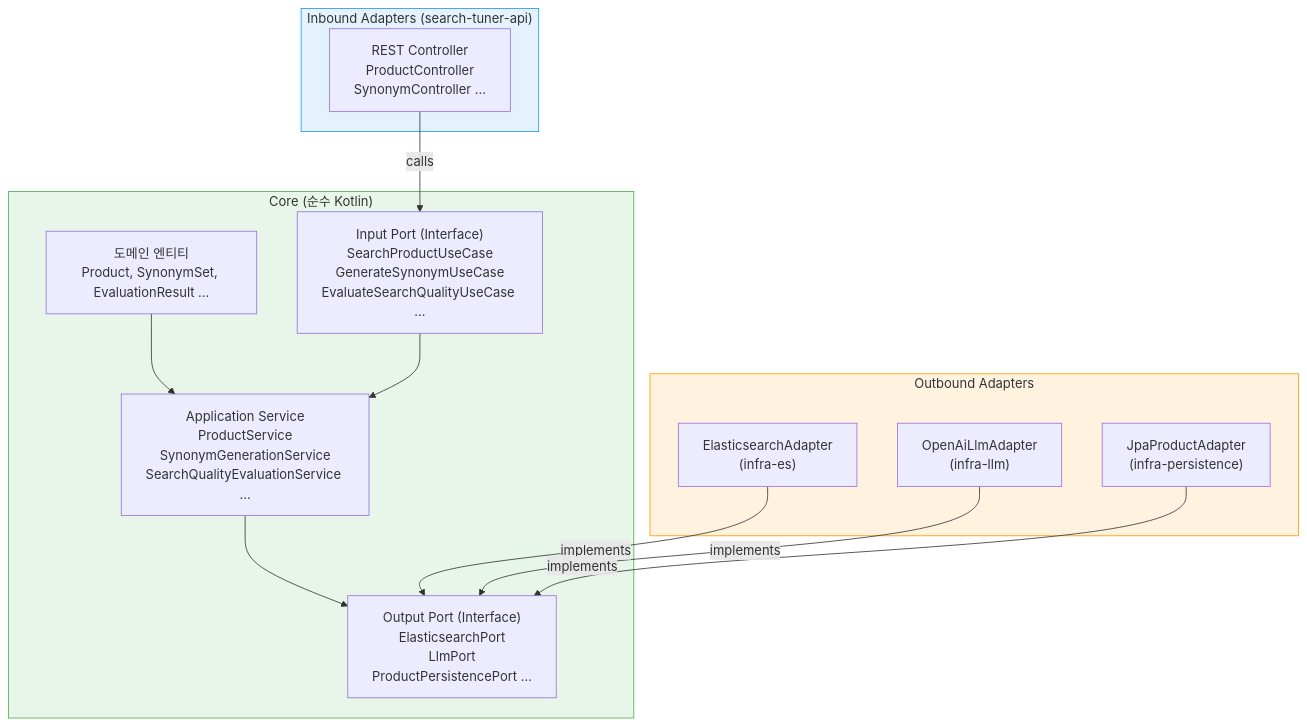
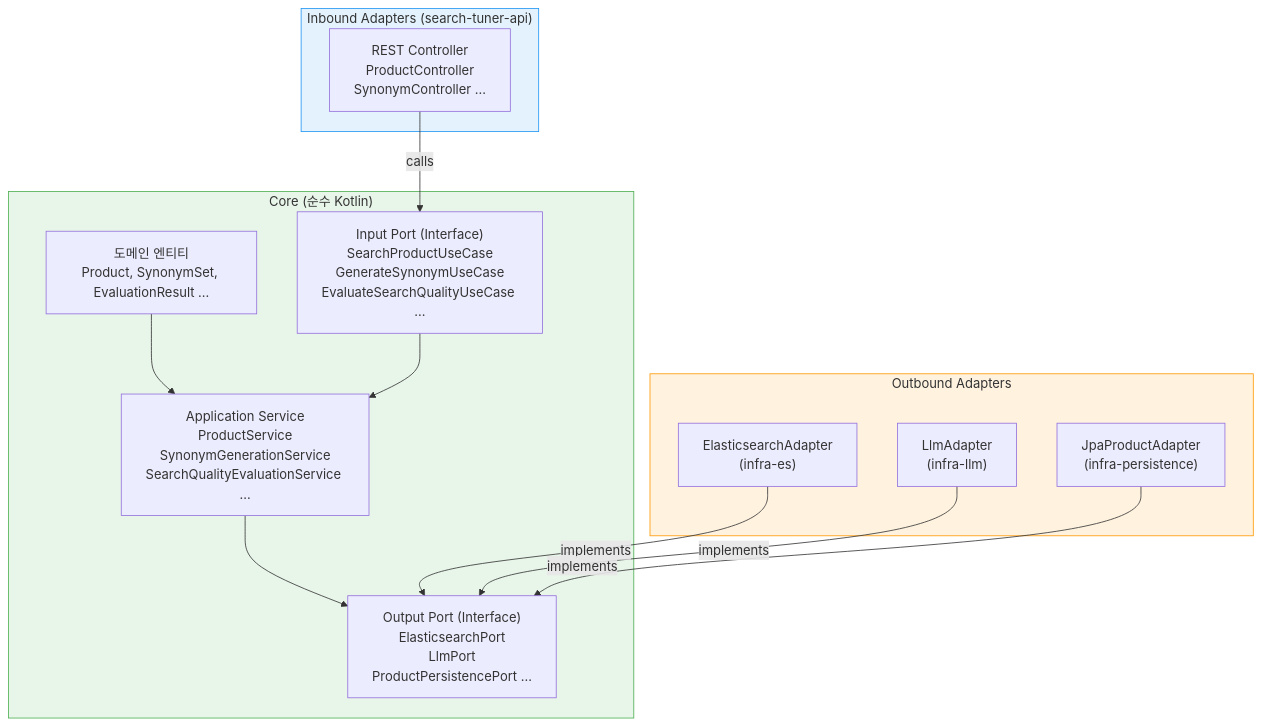
Before and after one commit to Hoya324/search-tuner: the first of 17 diagrams in docs/architecture.md, drawn with Mermaid. The commit also changed other lines of this file and 4 other files, not shown here.

````diff
--- a/docs/architecture.md
+++ b/docs/architecture.md
@@ -60,31 +60,31 @@
 ```mermaid
 graph TD
     subgraph Core ["Core (순수 Kotlin)"]
         Domain["도메인 엔티티<br/>Product, SynonymSet, EvaluationResult ..."]
         InPort["Input Port (Interface)<br/>SearchProductUseCase<br/>GenerateSynonymUseCase<br/>EvaluateSearchQualityUseCase ..."]
         Service["Application Service<br/>ProductService<br/>SynonymGenerationService<br/>SearchQualityEvaluationService ..."]
         OutPort["Output Port (Interface)<br/>ElasticsearchPort<br/>LlmPort<br/>ProductPersistencePort ..."]
         Domain --> Service
         Service --> OutPort
         InPort --> Service
     end
 
     subgraph Adapters_In ["Inbound Adapters (search-tuner-api)"]
         Controller["REST Controller<br/>ProductController<br/>SynonymController ..."]
     end
 
     subgraph Adapters_Out ["Outbound Adapters"]
         EsAdapter["ElasticsearchAdapter<br/>(infra-es)"]
-        LlmAdapter["OpenAiLlmAdapter<br/>(infra-llm)"]
+        LlmAdapter["LlmAdapter<br/>(infra-llm)"]
         JpaAdapter["JpaProductAdapter<br/>(infra-persistence)"]
     end
 
     Controller -->|"calls"| InPort
     EsAdapter -->|"implements"| OutPort
     LlmAdapter -->|"implements"| OutPort
     JpaAdapter -->|"implements"| OutPort
 
     style Core fill:#e8f5e9,stroke:#4caf50
     style Adapters_In fill:#e3f2fd,stroke:#2196f3
     style Adapters_Out fill:#fff3e0,stroke:#ff9800
 ```
````
